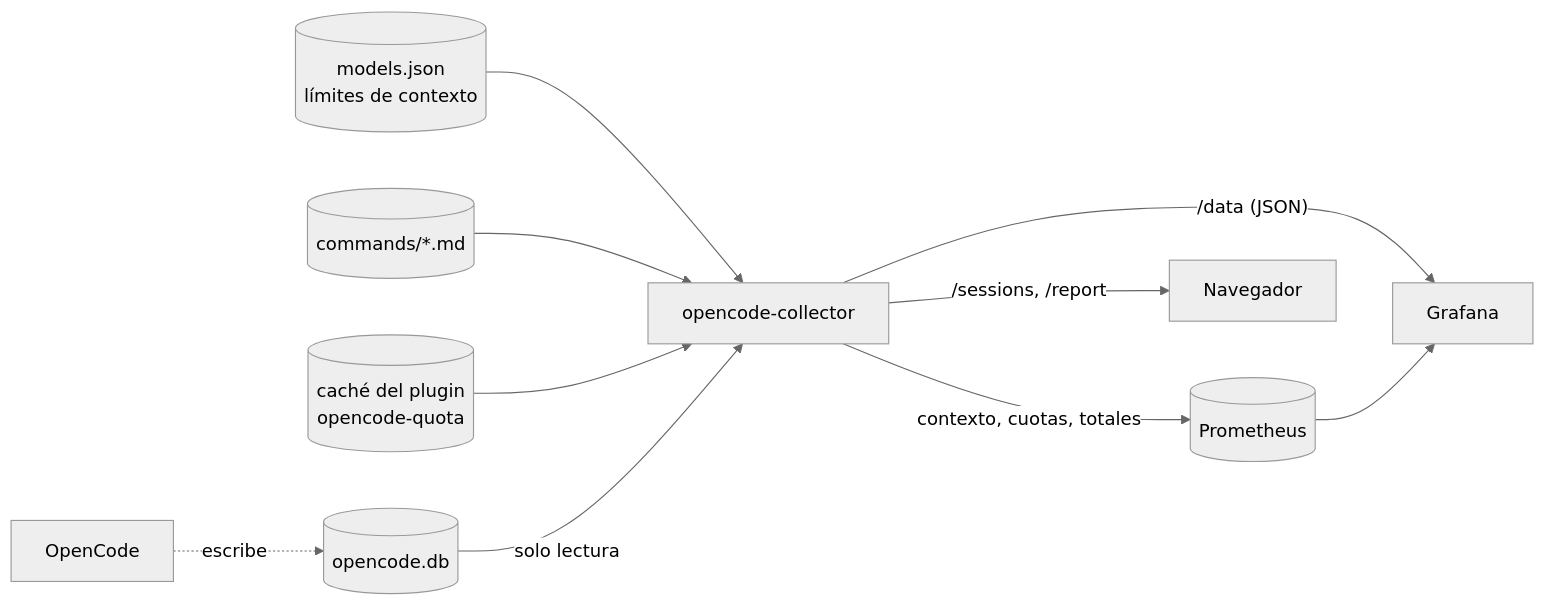
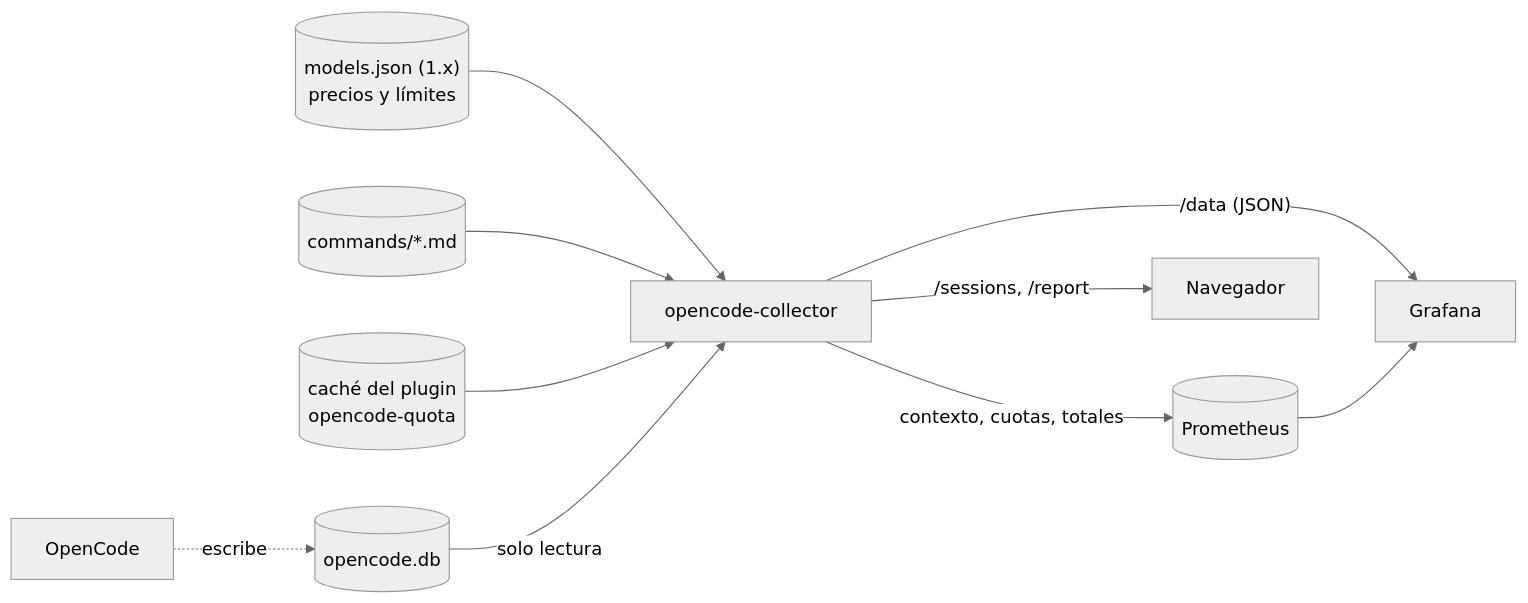
One commit to oscarabal/IA-metrics changed the diagram in docs/opencode.md. Above: the diagram before and after it, drawn with Mermaid (neutral theme). The commit also changed other lines of this file and 20 other files, not shown here.

````diff
--- a/docs/opencode.md
+++ b/docs/opencode.md
@@ -8,11 +8,11 @@
 ```mermaid
 flowchart LR
     OC["OpenCode"] -. escribe .-> DB[("opencode.db")]
-    MJ[("models.json<br/>límites de contexto")] --> COL
+    MJ[("models.json (1.x)<br/>precios y límites")] --> COL
     CMD[("commands/*.md")] --> COL
     Q[("caché del plugin<br/>opencode-quota")] --> COL
     DB -- "solo lectura" --> COL["opencode-collector"]
     COL -- "/data (JSON)" --> G["Grafana"]
     COL -- "contexto, cuotas, totales" --> PROM[("Prometheus")] --> G
     COL -- "/sessions, /report" --> B["Navegador"]
 ```
````
